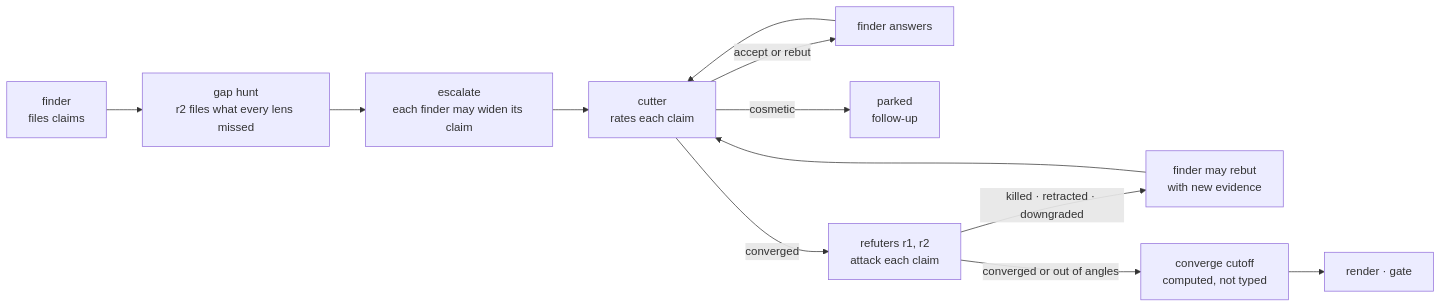
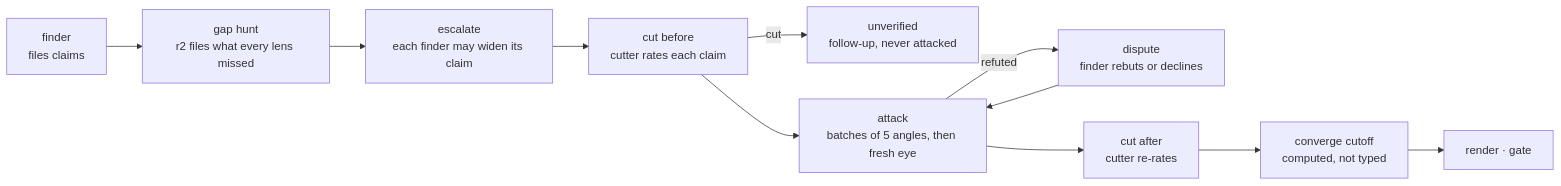
Before and after one commit to vancsj/bootgear: the diagram in plugins/converge/README.md, drawn with Mermaid. The commit also changed other lines of this file and 77 other files, not shown here.

First line of the commit message:
CONVERGE: replace the slate mechanism with attack batches, a dispute round trip and a separate cut field

````diff
--- a/plugins/converge/README.md
+++ b/plugins/converge/README.md
@@ -17,14 +17,13 @@
 ```mermaid
 flowchart LR
     F["finder<br/>files claims"] --> G["gap hunt<br/>r2 files what every lens missed"]
     G --> E["escalate<br/>each finder may widen its claim"]
-    E --> C["cutter<br/>rates each claim"]
-    C -->|"accept or rebut"| F2["finder answers"]
-    F2 --> C
-    C -->|"cosmetic"| P["parked<br/>follow-up"]
-    C -->|"converged"| R["refuters r1, r2<br/>attack each claim"]
-    R -->|"killed · retracted · downgraded"| RB["finder may rebut<br/>with new evidence"]
-    RB --> C
-    R -->|"converged or out of angles"| X["converge cutoff<br/>computed, not typed"]
+    E --> CB["cut before<br/>cutter rates each claim"]
+    CB -->|"cut"| U["unverified<br/>follow-up, never attacked"]
+    CB --> A["attack<br/>batches of 5 angles, then fresh eye"]
+    A -->|"refuted"| D["dispute<br/>finder rebuts or declines"]
+    D --> A
+    A --> CA["cut after<br/>cutter re-rates"]
+    CA --> X["converge cutoff<br/>computed, not typed"]
     X --> O["render · gate"]
 ```
````
